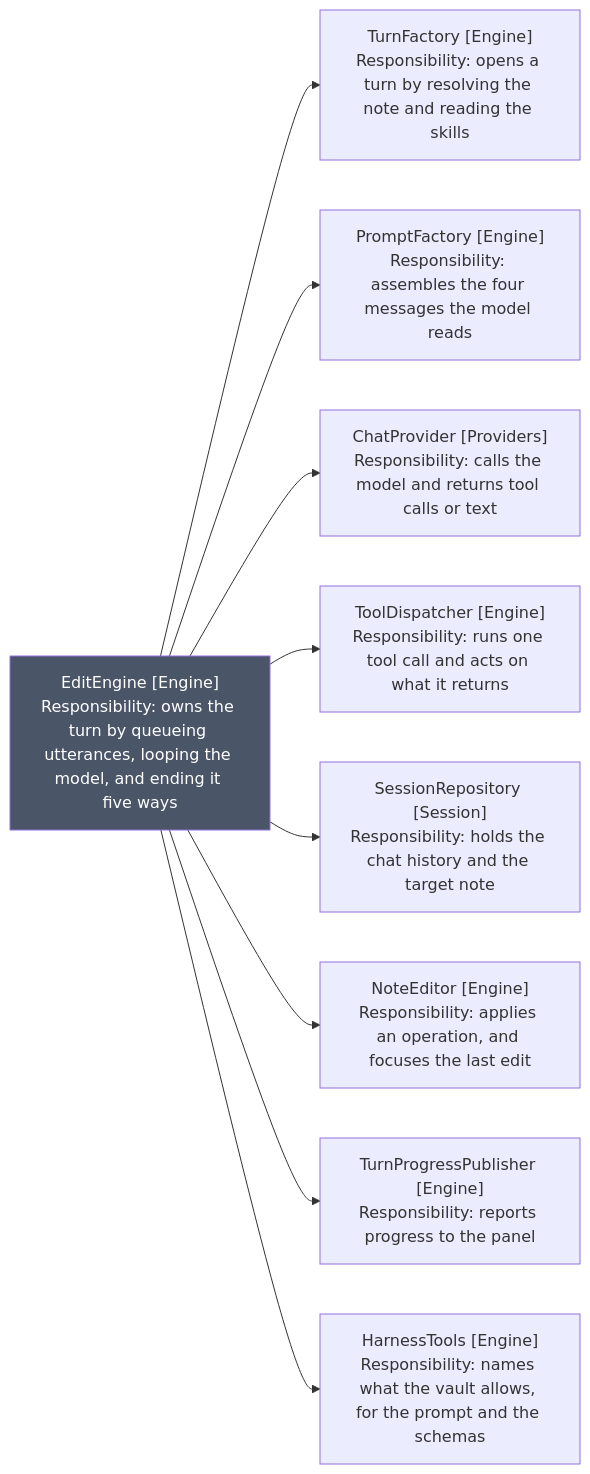
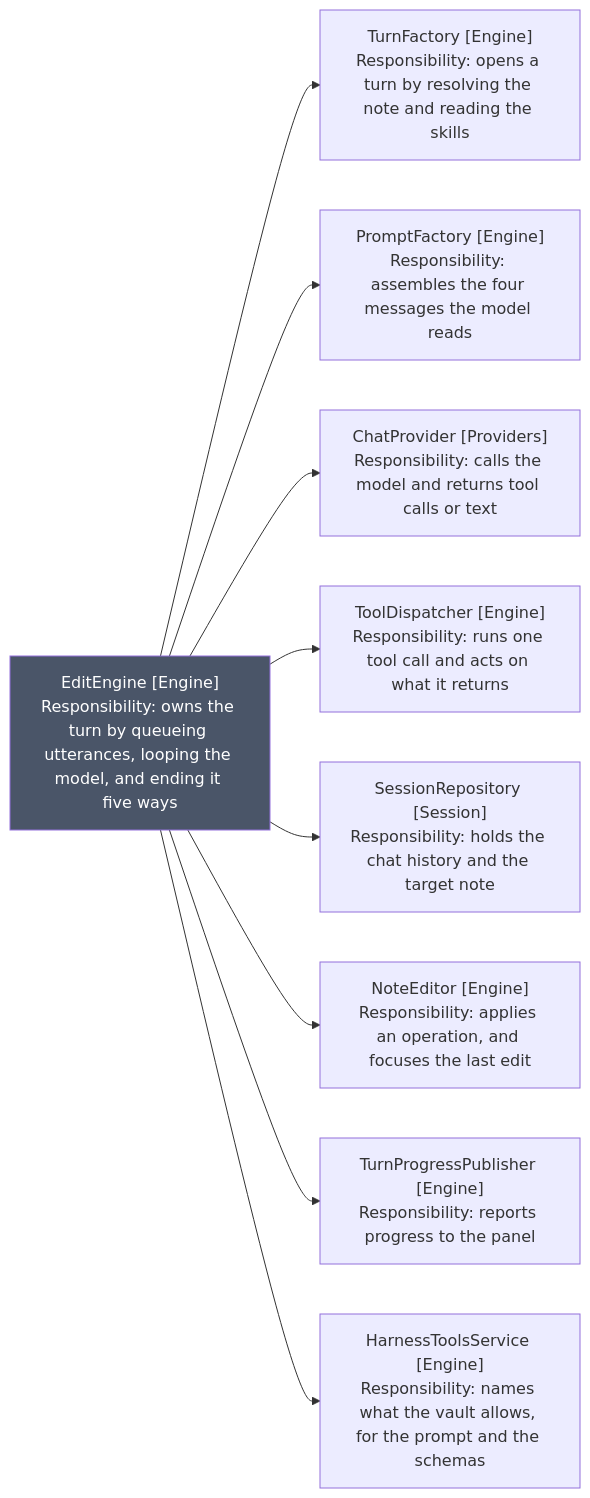
One commit to iparips/obsidian-owl changed the first of 2 diagrams in docs/spec/16-oversized-files/4-edit-engine/3-diagrams.md. Above: the diagram before and after it, drawn with Mermaid. The commit also changed other lines of this file and 43 other files, not shown here.

````diff
--- a/docs/spec/16-oversized-files/4-edit-engine/3-diagrams.md
+++ b/docs/spec/16-oversized-files/4-edit-engine/3-diagrams.md
@@ -5,24 +5,24 @@
 ```mermaid
 flowchart LR
     EditEngine["EditEngine [Engine]<br/>Responsibility: owns the turn by queueing utterances, looping the model, and ending it five ways"]
     TurnFactory["TurnFactory [Engine]<br/>Responsibility: opens a turn by resolving the note and reading the skills"]
     PromptFactory["PromptFactory [Engine]<br/>Responsibility: assembles the four messages the model reads"]
     ChatProvider["ChatProvider [Providers]<br/>Responsibility: calls the model and returns tool calls or text"]
     ToolDispatcher["ToolDispatcher [Engine]<br/>Responsibility: runs one tool call and acts on what it returns"]
     SessionRepository["SessionRepository [Session]<br/>Responsibility: holds the chat history and the target note"]
     NoteEditor["NoteEditor [Engine]<br/>Responsibility: applies an operation, and focuses the last edit"]
     Publisher["TurnProgressPublisher [Engine]<br/>Responsibility: reports progress to the panel"]
-    HarnessTools["HarnessTools [Engine]<br/>Responsibility: names what the vault allows, for the prompt and the schemas"]
+    HarnessToolsService["HarnessToolsService [Engine]<br/>Responsibility: names what the vault allows, for the prompt and the schemas"]
 
     EditEngine --> TurnFactory
     EditEngine --> PromptFactory
     EditEngine --> ChatProvider
     EditEngine --> ToolDispatcher
     EditEngine --> SessionRepository
     EditEngine --> NoteEditor
     EditEngine --> Publisher
-    EditEngine --> HarnessTools
+    EditEngine --> HarnessToolsService
 
     classDef wide fill:#4a5568,color:#fff
     class EditEngine wide
 ```
````
